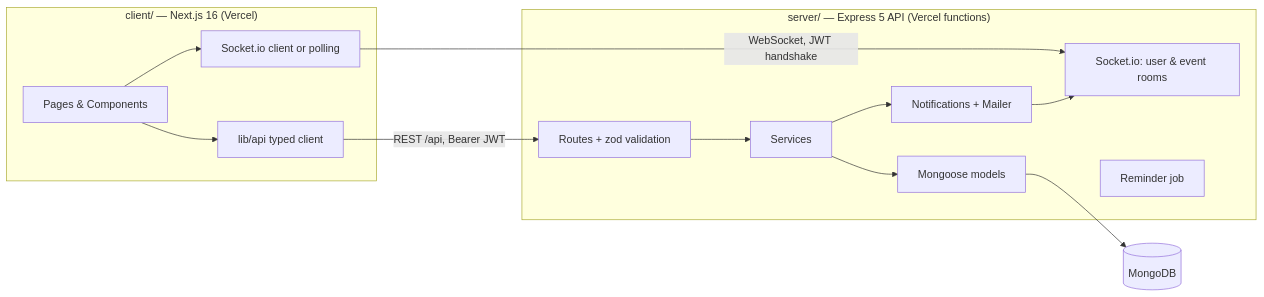
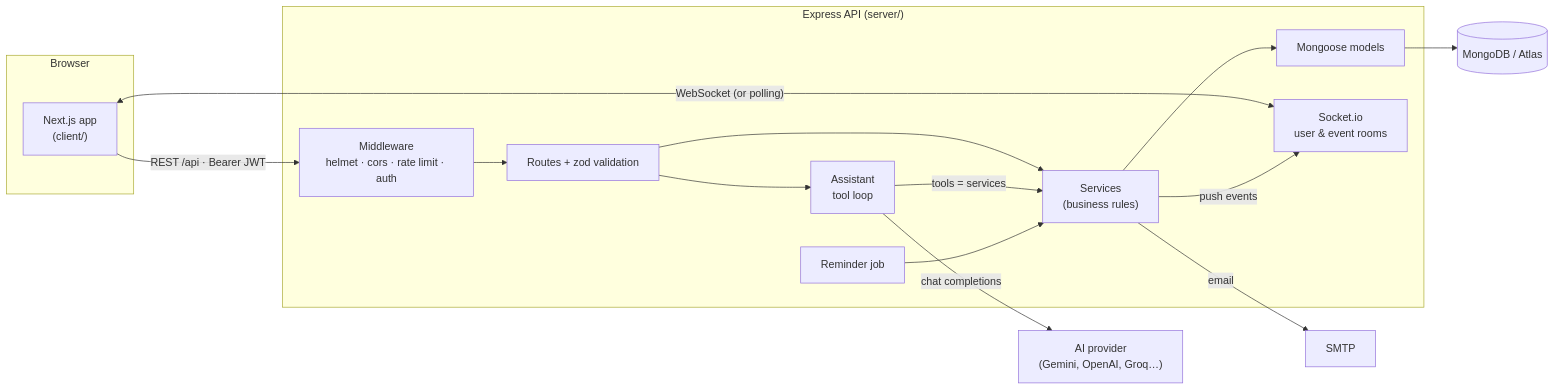
One commit to sakshamm21/syncronify changed the first of 3 diagrams in README.md. Above: the diagram before and after it, drawn with Mermaid. The commit also changed other lines of this file and 145 other files, not shown here.

First line of the commit message:
Convert the API to TypeScript, add the "Ask Sync" AI assistant, rewrite README

````diff
--- a/README.md
+++ b/README.md
@@ -101,20 +144,24 @@
 ```mermaid
 flowchart LR
-    subgraph Frontend["client/ — Next.js 16 (Vercel)"]
-        UI[Pages & Components] --> APIC[lib/api typed client]
-        UI --> RT[Socket.io client or polling]
+    subgraph Browser
+        UI["Next.js app<br/>(client/)"]
     end
 
-    subgraph Backend["server/ — Express 5 API (Vercel functions)"]
-        R[Routes + zod validation] --> S[Services]
-        S --> M[Mongoose models]
-        S --> N[Notifications + Mailer]
-        WS[Socket.io: user & event rooms]
-        J[Reminder job]
+    subgraph API["Express API (server/)"]
+        MW["Middleware<br/>helmet · cors · rate limit · auth"]
+        RT["Routes + zod validation"]
+        SV["Services<br/>(business rules)"]
+        MD["Mongoose models"]
+        WS["Socket.io<br/>user & event rooms"]
+        AI["Assistant<br/>tool loop"]
+        JOB["Reminder job"]
     end
 
-    APIC -->|REST /api, Bearer JWT| R
-    RT -->|WebSocket, JWT handshake| WS
-    M --> DB[(MongoDB)]
-    N --> WS
+    UI -- "REST /api · Bearer JWT" --> MW --> RT --> SV --> MD --> DB[(MongoDB / Atlas)]
+    UI <-->|"WebSocket (or polling)"| WS
+    SV -- "push events" --> WS
+    RT --> AI -- "tools = services" --> SV
+    AI -- "chat completions" --> LLM["AI provider<br/>(Gemini, OpenAI, Groq…)"]
+    SV -- "email" --> SMTP["SMTP"]
+    JOB --> SV
 ```
````
